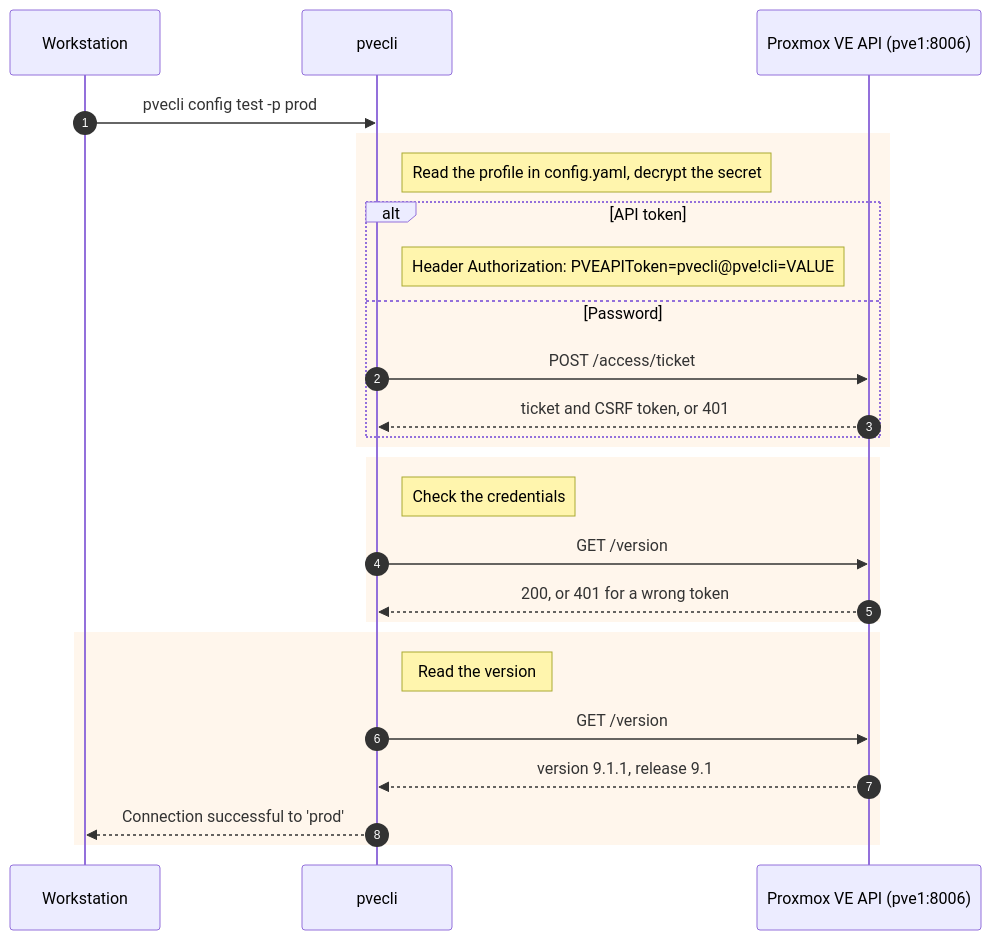
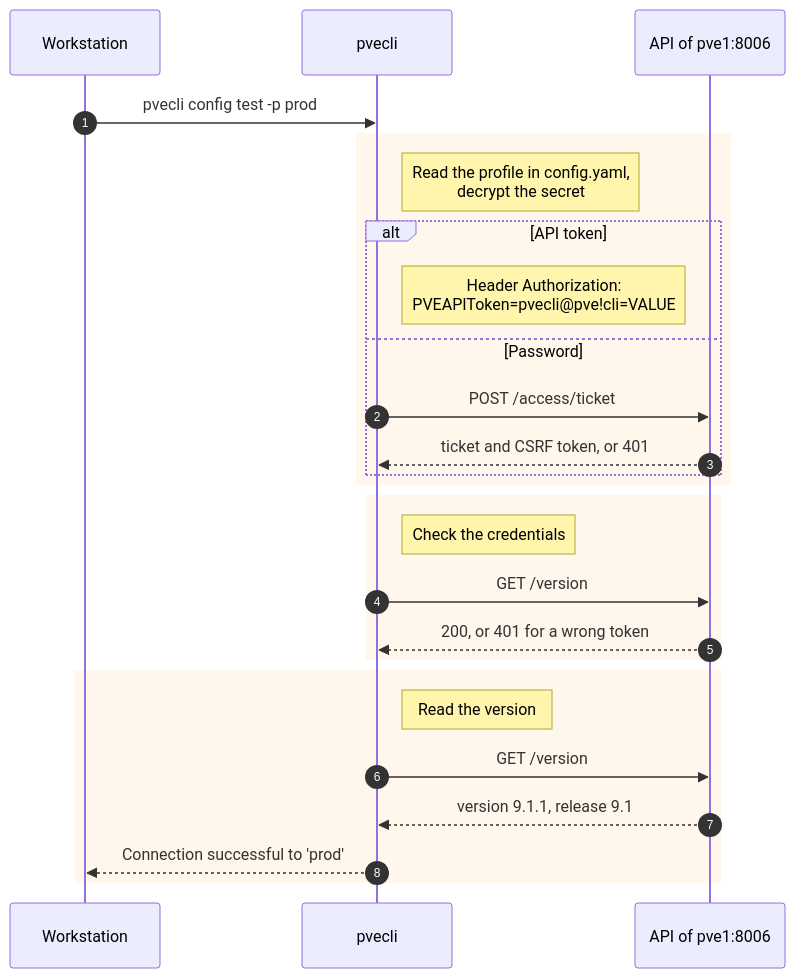
Before and after one commit to Helphyy/pvecli: the second of 2 diagrams in docs/start/connect.md, drawn with Mermaid. The commit also changed other lines of this file and 1 other file, not shown here.

Commit message:
Say what the encryption of the secrets protects, and what it does not
The age key sits next to config.yaml, readable by the same account: it
protects a copy of the file alone, not the account. Warnings in Connect to
a cluster and in the configuration file reference, with what to do: never
share the folder whole, a token with only the privileges it needs,
revoked if the machine is lost, and no secret on the command line. The
config test sequence diagram is also narrower.

````diff
--- a/docs/start/connect.md
+++ b/docs/start/connect.md
@@ -92,28 +95,28 @@
 ```mermaid
 sequenceDiagram
   autonumber
   participant You as Workstation
   participant P as pvecli
-  participant A as Proxmox VE API (pve1:8006)
+  participant A as API of pve1:8006
   You->>P: pvecli config test -p prod
   rect rgb(255, 246, 236)
-    note right of P: Read the profile in config.yaml, decrypt the secret
+    note right of P: Read the profile in config.yaml,<br/>decrypt the secret
     alt API token
-      note right of P: Header Authorization: PVEAPIToken=pvecli@pve!cli=VALUE
+      note right of P: Header Authorization:<br/>PVEAPIToken=pvecli@pve!cli=VALUE
     else Password
       P->>A: POST /access/ticket
       A-->>P: ticket and CSRF token, or 401
     end
   end
   rect rgb(255, 246, 236)
     note right of P: Check the credentials
     P->>A: GET /version
     A-->>P: 200, or 401 for a wrong token
   end
   rect rgb(255, 246, 236)
     note right of P: Read the version
     P->>A: GET /version
     A-->>P: version 9.1.1, release 9.1
     P-->>You: Connection successful to 'prod'
   end
 ```
````
